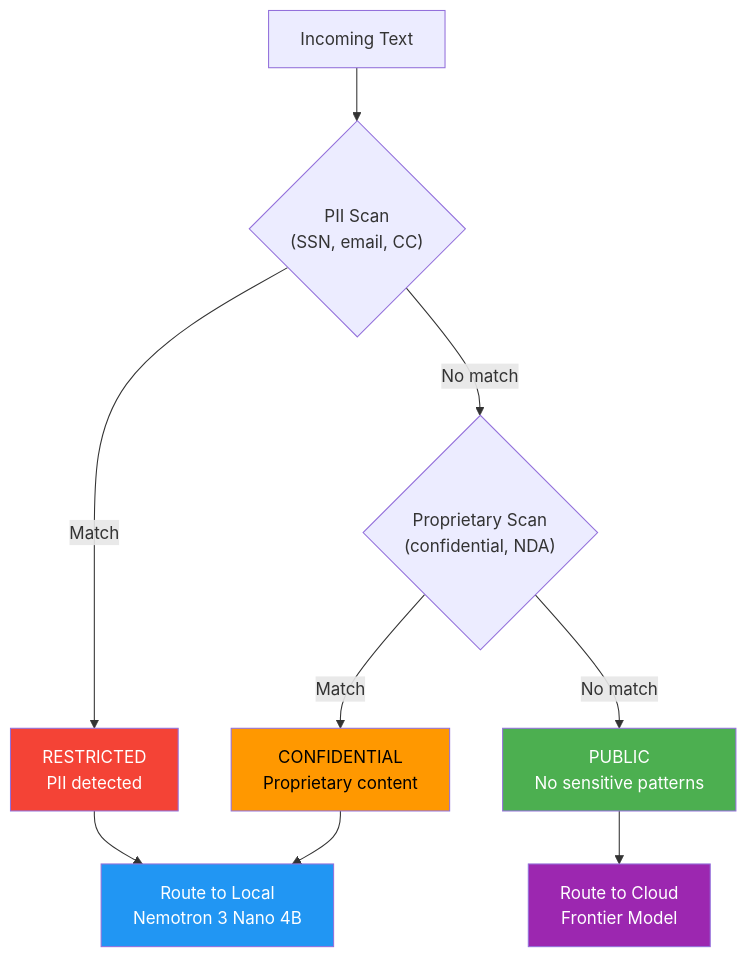
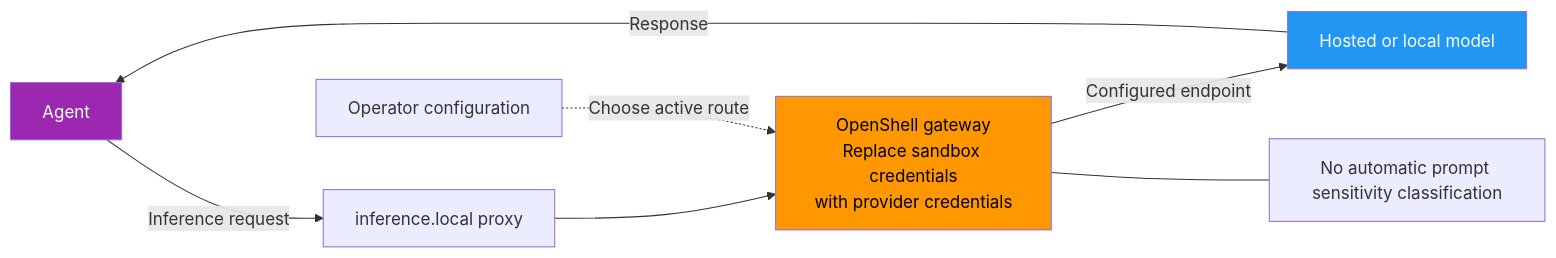
One commit to brevdev/workshop-build-an-agent changed the diagram in .devx/6-agent-safety/img/privacy_router_flow.mmd. Above: the diagram before and after it, drawn with Mermaid. The commit also changed 327 other files, not shown here.

```diff
--- a/.devx/6-agent-safety/img/privacy_router_flow.mmd
+++ b/.devx/6-agent-safety/img/privacy_router_flow.mmd
@@ -1,28 +1,11 @@
-graph TD
-    Input["Incoming Text"]
-
-    PII{"PII Scan<br/>(SSN, email, CC)"}
-    PROP{"Proprietary Scan<br/>(confidential, NDA)"}
-
-    RESTRICTED["RESTRICTED<br/>PII detected"]
-    CONFIDENTIAL["CONFIDENTIAL<br/>Proprietary content"]
-    PUBLIC["PUBLIC<br/>No sensitive patterns"]
-
-    LOCAL["Route to Local<br/>Nemotron 3 Nano 4B"]
-    CLOUD["Route to Cloud<br/>Frontier Model"]
-
-    Input --> PII
-    PII -->|"Match"| RESTRICTED
-    PII -->|"No match"| PROP
-    PROP -->|"Match"| CONFIDENTIAL
-    PROP -->|"No match"| PUBLIC
-
-    RESTRICTED --> LOCAL
-    CONFIDENTIAL --> LOCAL
-    PUBLIC --> CLOUD
-
-    style RESTRICTED fill:#f44336,color:#fff
-    style CONFIDENTIAL fill:#ff9800,color:#000
-    style PUBLIC fill:#4caf50,color:#fff
-    style LOCAL fill:#2196f3,color:#fff
-    style CLOUD fill:#9c27b0,color:#fff
+flowchart LR
+    Agent["Agent"] -->|"Inference request"| Proxy["inference.local proxy"]
+    Proxy --> Gateway["OpenShell gateway<br/>Replace sandbox credentials<br/>with provider credentials"]
+    Operator["Operator configuration"] -.->|"Choose active route"| Gateway
+    Gateway -->|"Configured endpoint"| Backend["Hosted or local model"]
+    Backend -->|"Response"| Agent
+    Note["No automatic prompt sensitivity classification"]
+    Gateway --- Note
+    style Agent fill:#9c27b0,color:#fff
+    style Gateway fill:#ff9800,color:#000
+    style Backend fill:#2196f3,color:#fff
```
